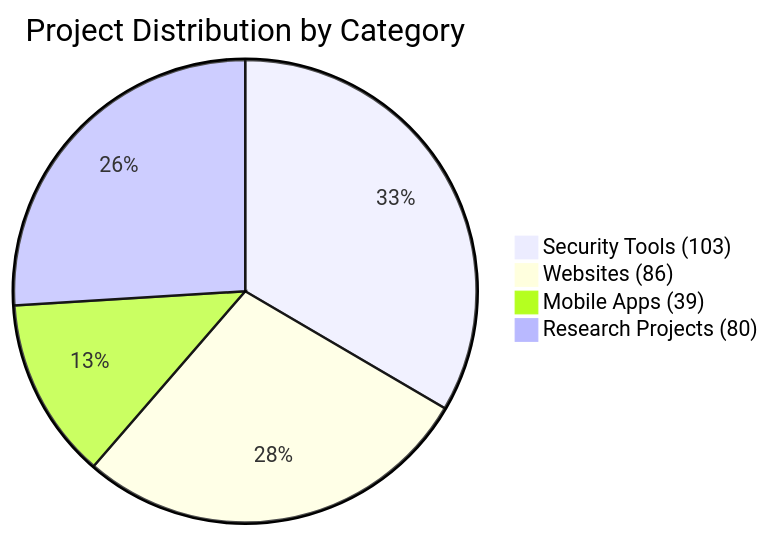
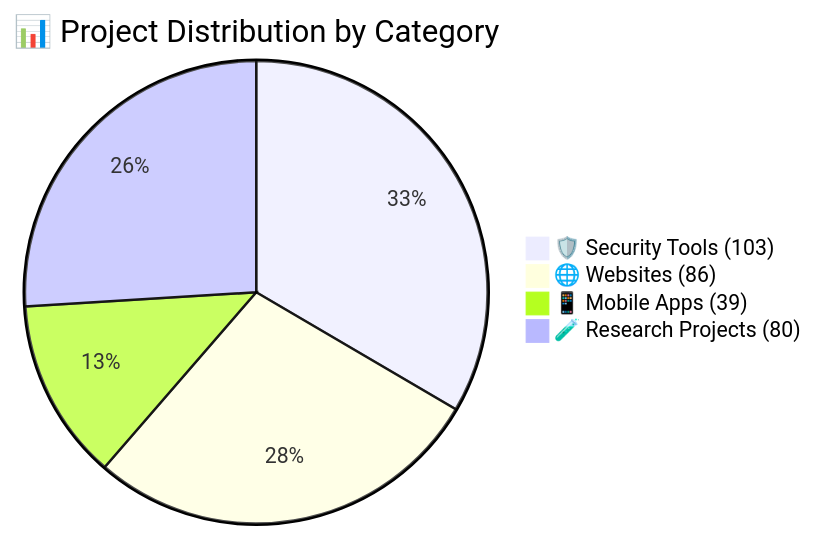
One commit to Tamilselvan-S-Cyber-Security/Tamilselvan-S-Cyber-Security changed the first of 6 diagrams in README.md. Above: the diagram before and after it, drawn with Mermaid. The commit also changed other lines of this file, not shown here.

````diff
--- a/README.md
+++ b/README.md
@@ -52,7 +52,7 @@
 ```mermaid
-pie title Project Distribution by Category
-    "Security Tools (103)" : 103
-    "Websites (86)" : 86
-    "Mobile Apps (39)" : 39
-    "Research Projects (80)" : 80
+pie title 📊 Project Distribution by Category
+    "🛡️ Security Tools (103)"      : 103
+    "🌐 Websites (86)"             : 86
+    "📱 Mobile Apps (39)"          : 39
+    "🧪 Research Projects (80)"    : 80
 ```
````
